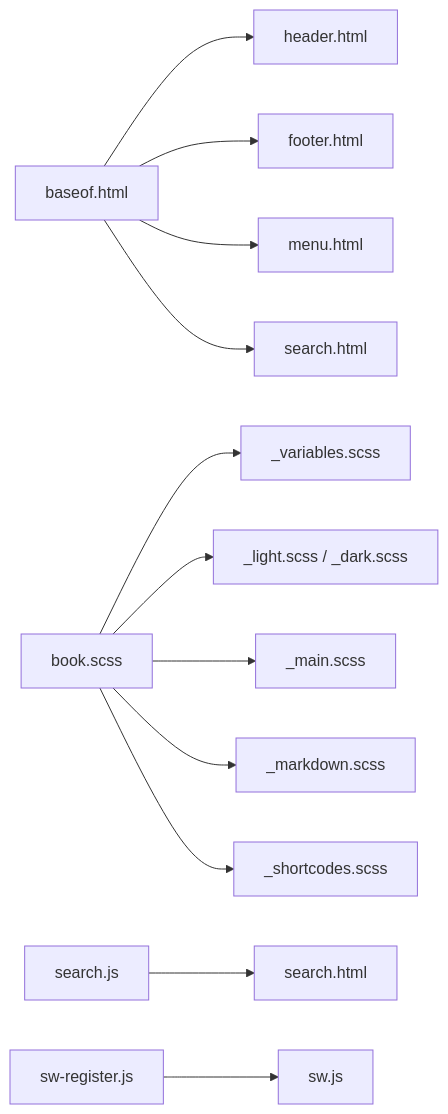
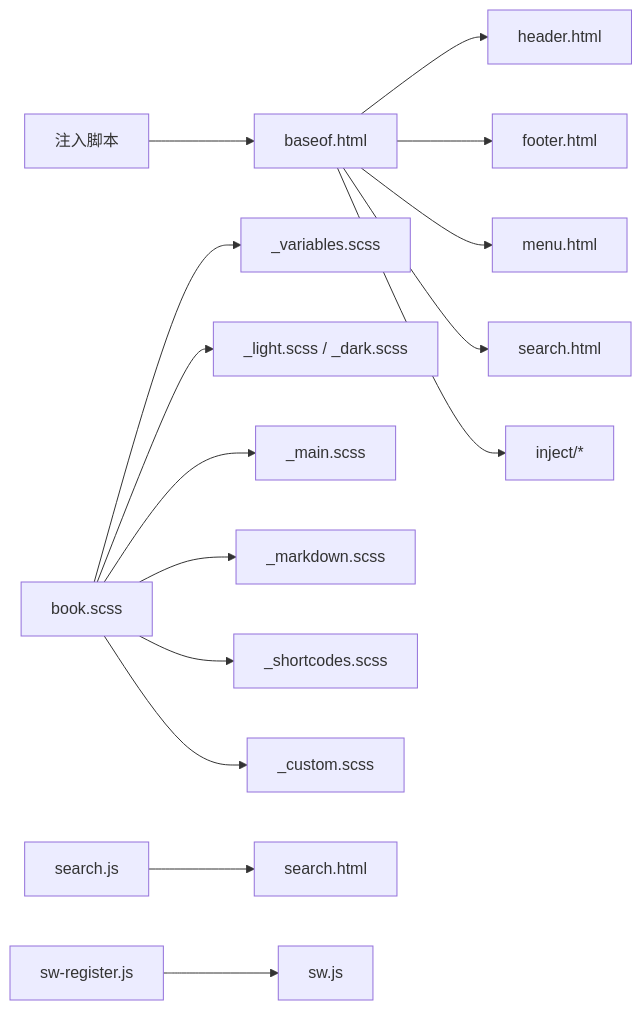
The ninth of 9 diagrams in .qoder/repowiki/zh/content/主题定制/主题定制.md (nianjiang/nianjiang.github.io), drawn with Mermaid before and after one commit. The commit also changed other lines of this file and 21 other files, not shown here.

````diff
--- a/.qoder/repowiki/zh/content/主题定制/主题定制.md
+++ b/.qoder/repowiki/zh/content/主题定制/主题定制.md
@@ -384,14 +465,17 @@
 ```mermaid
 graph LR
 Base["baseof.html"] --> Header["header.html"]
 Base --> Footer["footer.html"]
 Base --> Menu["menu.html"]
 Base --> Search["search.html"]
+Base --> Inject["inject/*"]
 Book["book.scss"] --> Vars["_variables.scss"]
 Book --> Themes["_light.scss / _dark.scss"]
 Book --> Main["_main.scss"]
 Book --> MD["_markdown.scss"]
 Book --> SC["_shortcodes.scss"]
+Book --> Custom["_custom.scss"]
 SearchJS["search.js"] --> SearchUI["search.html"]
 SWReg["sw-register.js"] --> SW["sw.js"]
+InjectJS["注入脚本"] --> Base
 ```
````
